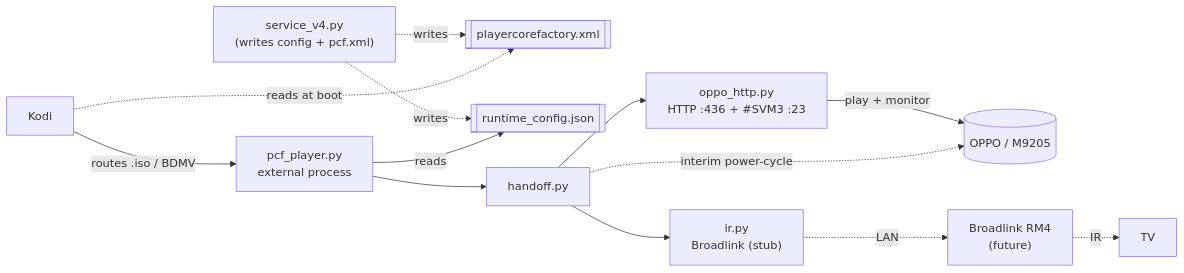
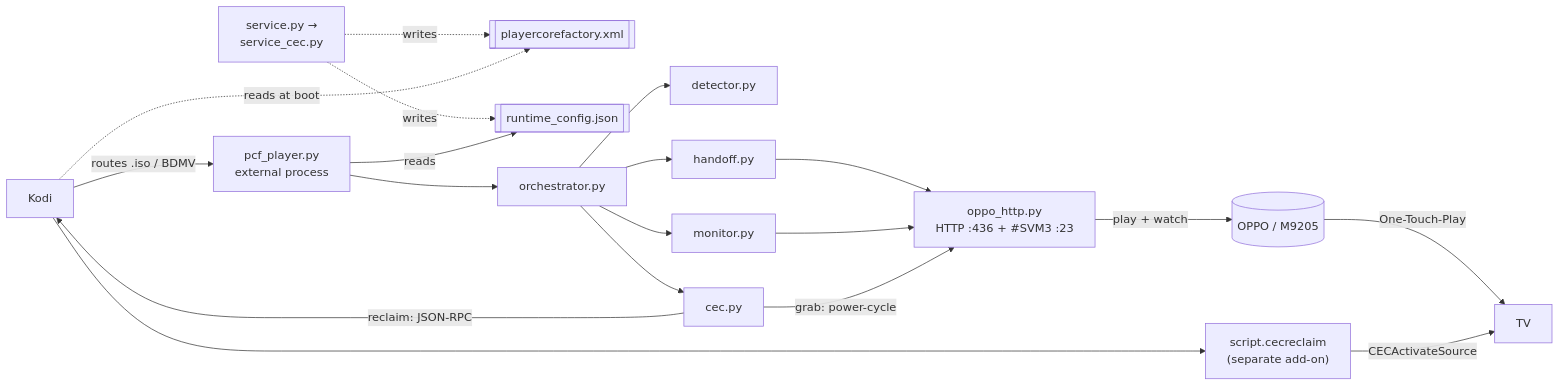
The second of 2 diagrams in docs/ARCHITECTURE.md (skull-01/OppoKodiBridge-v4), drawn with Mermaid before and after one commit. The commit also changed other lines of this file and 2 other files, not shown here.

First line of the commit message:
docs: reconcile README/ARCHITECTURE/IR_INTEGRATION with the pure-CEC design

````diff
--- a/docs/ARCHITECTURE.md
+++ b/docs/ARCHITECTURE.md
@@ -113,27 +147,36 @@
 ```mermaid
 graph LR
     K[Kodi]
-    SVC["service_v4.py<br/>(writes config + pcf.xml)"]
+    RC["script.cecreclaim<br/>(separate add-on)"]
+    SVC["service.py →<br/>service_cec.py"]
     PCF[["playercorefactory.xml"]]
     CFG[["runtime_config.json"]]
     X["pcf_player.py<br/>external process"]
-    H[handoff.py]
+    ORC[orchestrator.py]
+    DET[detector.py]
+    HAND[handoff.py]
+    MON[monitor.py]
+    CEC[cec.py]
     OH["oppo_http.py<br/>HTTP :436 + #SVM3 :23"]
-    IRM["ir.py<br/>Broadlink (stub)"]
     O[(OPPO / M9205)]
-    BL["Broadlink RM4<br/>(future)"]
     T[TV]
 
     SVC -. writes .-> PCF
     SVC -. writes .-> CFG
     K -. reads at boot .-> PCF
     K -->|routes .iso / BDMV| X
     X -->|reads| CFG
-    X --> H
-    H --> OH
-    H --> IRM
-    OH -->|play + monitor| O
-    H -. interim power-cycle .-> O
-    IRM -. LAN .-> BL
-    BL -. IR .-> T
+    X --> ORC
+    ORC --> DET
+    ORC --> HAND
+    ORC --> MON
+    ORC --> CEC
+    HAND --> OH
+    MON --> OH
+    OH -->|play + watch| O
+    CEC -->|grab: power-cycle| OH
+    O -->|One-Touch-Play| T
+    CEC -->|reclaim: JSON-RPC| K
+    K --> RC
+    RC -->|CECActivateSource| T
 ```
````
